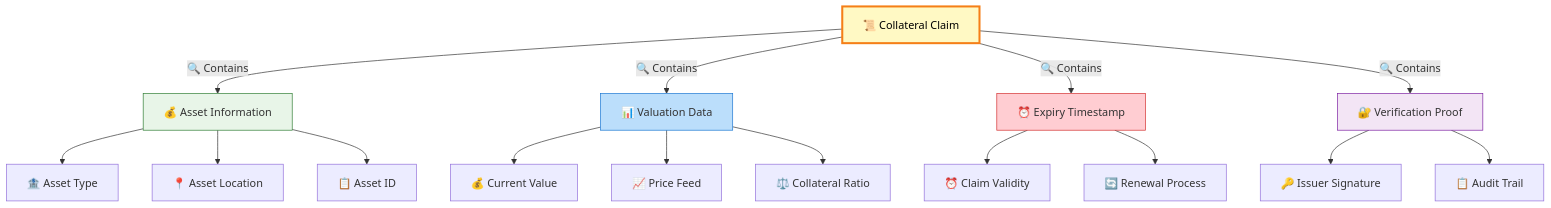
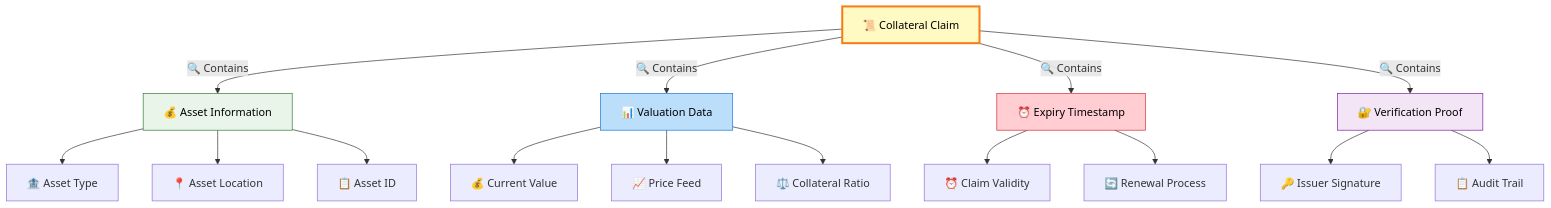
One commit to settlemint/asset-tokenization-kit changed the third of 7 diagrams in designdocs/06-stablecoin-asset-workflow.md. Above: the diagram before and after it, drawn with Mermaid. The commit also changed other lines of this file and 18 other files, not shown here.

````diff
--- a/designdocs/06-stablecoin-asset-workflow.md
+++ b/designdocs/06-stablecoin-asset-workflow.md
@@ -143,27 +143,27 @@
 ```mermaid
 flowchart TD
     A[📜 Collateral Claim] -->|🔍 Contains| B[💰 Asset Information]
     A -->|🔍 Contains| C[📊 Valuation Data]
     A -->|🔍 Contains| D[⏰ Expiry Timestamp]
     A -->|🔍 Contains| E[🔐 Verification Proof]
     
     B --> F[🏦 Asset Type]
     B --> G[📍 Asset Location]
     B --> H[📋 Asset ID]
     
     C --> I[💰 Current Value]
     C --> J[📈 Price Feed]
     C --> K[⚖️ Collateral Ratio]
     
     D --> L[⏰ Claim Validity]
     D --> M[🔄 Renewal Process]
     
     E --> N[🔑 Issuer Signature]
     E --> O[📋 Audit Trail]
     
-    style A fill:#fff9c4,stroke:#f57f17,color:#000000,stroke-width:3px,color:#000000
-    style B fill:#e8f5e8,stroke:#2e7d32
-    style C fill:#bbdefb,stroke:#1976d2
-    style D fill:#ffcdd2,stroke:#d32f2f
-    style E fill:#f3e5f5,stroke:#7b1fa2
+    style A fill:#fff9c4,stroke:#f57f17,color:#000000,stroke-width:3px
+    style B fill:#e8f5e8,stroke:#2e7d32,color:#000000
+    style C fill:#bbdefb,stroke:#1976d2,color:#000000
+    style D fill:#ffcdd2,stroke:#d32f2f,color:#000000
+    style E fill:#f3e5f5,stroke:#7b1fa2,color:#000000
 ```
````
